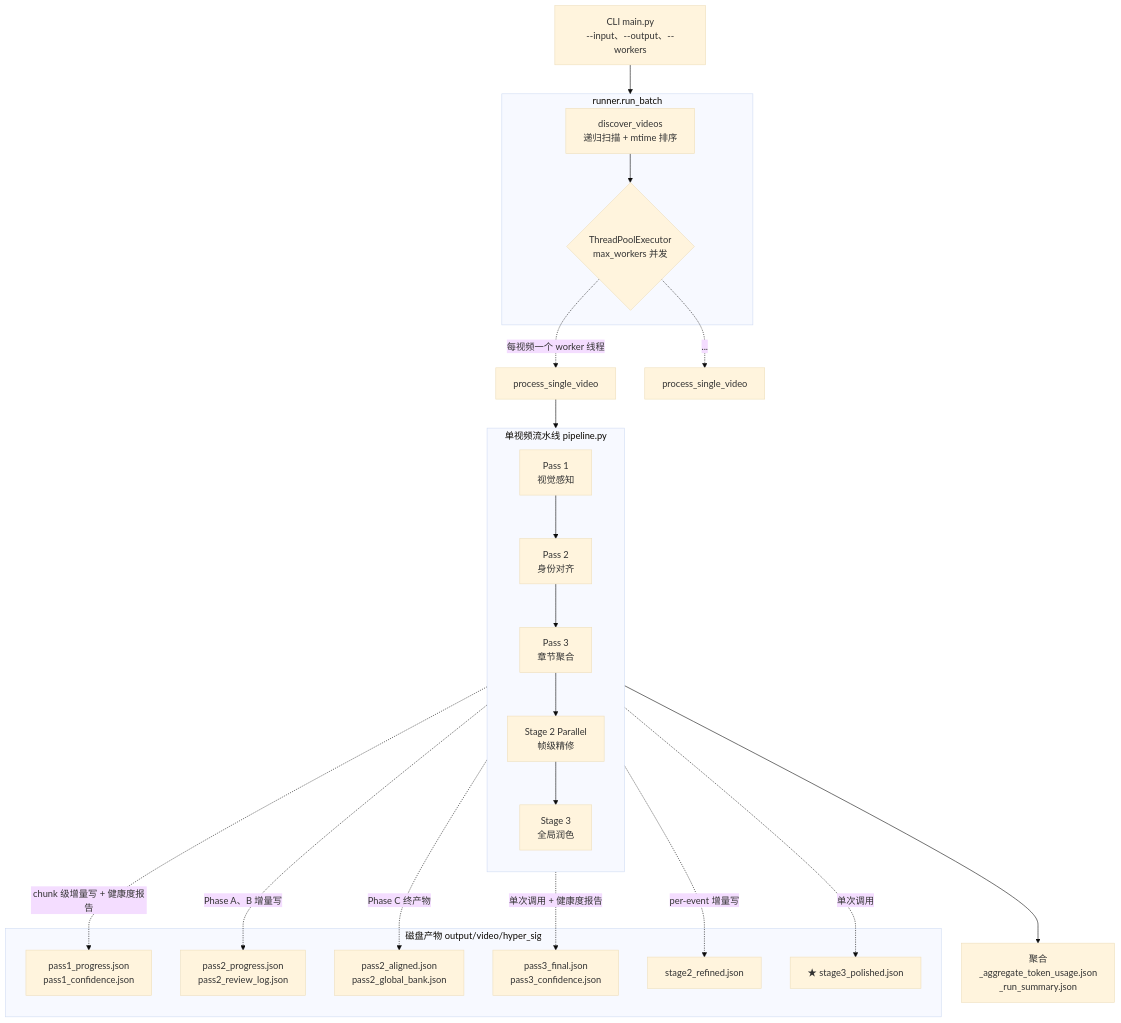
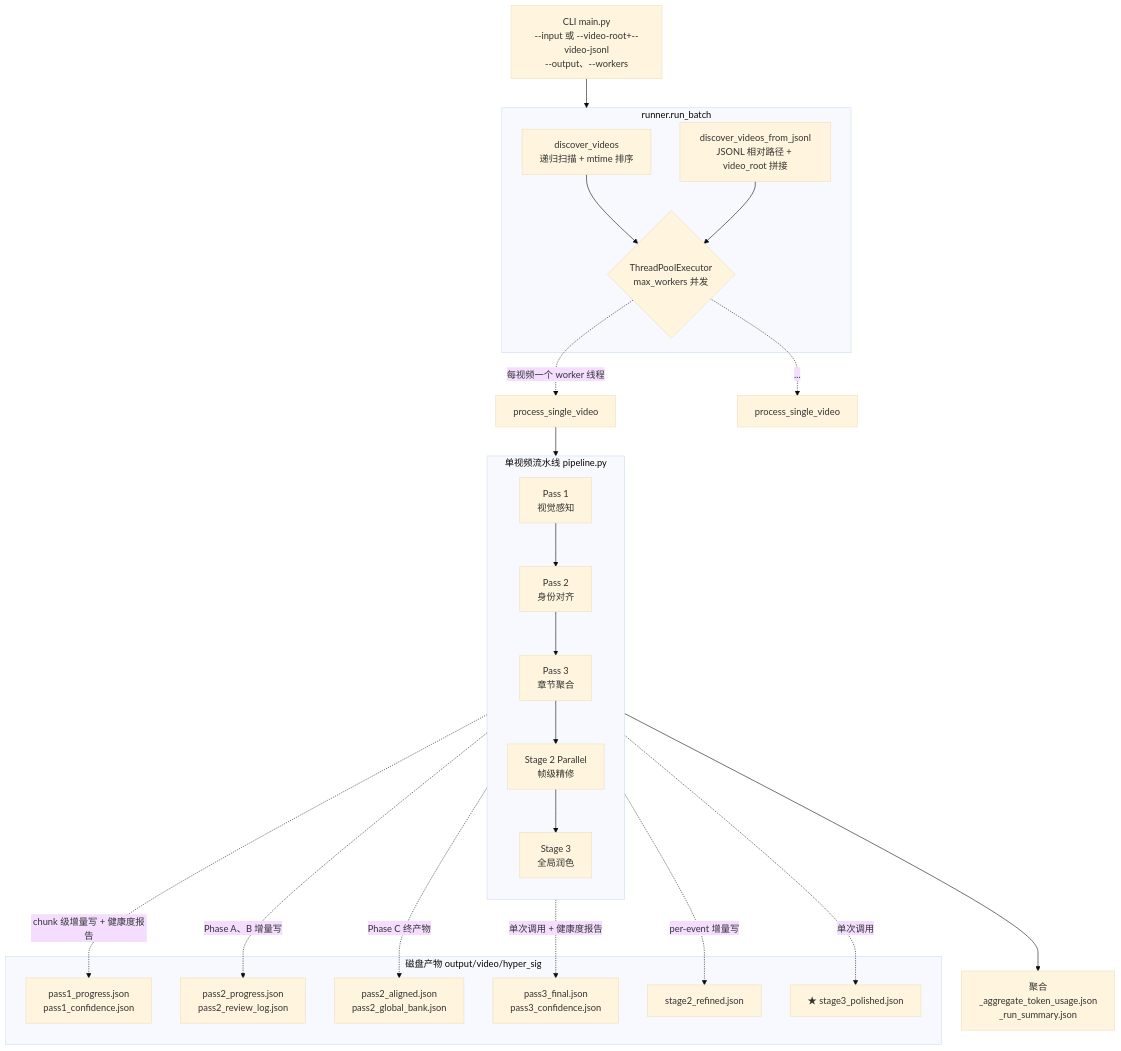
One commit to warmheartHoward/LongVideoCaption changed the first of 4 diagrams in README.md. Above: the diagram before and after it, drawn with Mermaid (base theme). The commit also changed other lines of this file and 4 other files, not shown here.

Commit message:
support jsonl input & bug fix

````diff
--- a/README.md
+++ b/README.md
@@ -10,43 +10,45 @@
 ```mermaid
 flowchart TB
-    CLI["CLI main.py<br/>--input、--output、--workers"] --> Runner
+    CLI["CLI main.py<br/>--input 或 --video-root+--video-jsonl<br/>--output、--workers"] --> Runner
 
     subgraph Runner["runner.run_batch"]
         Disc["discover_videos<br/>递归扫描 + mtime 排序"]
+        Jsonl["discover_videos_from_jsonl<br/>JSONL 相对路径 + video_root 拼接"]
+        Disc --> Pool
+        Jsonl --> Pool
         Pool{"ThreadPoolExecutor<br/>max_workers 并发"}
-        Disc --> Pool
     end
 
     Pool -.->|"每视频一个 worker 线程"| Pipe1["process_single_video"]
     Pool -.->|"..."| PipeN["process_single_video"]
 
     subgraph PerVideo["单视频流水线 pipeline.py"]
         direction TB
         P1["Pass 1<br/>视觉感知"]
         P2["Pass 2<br/>身份对齐"]
         P3["Pass 3<br/>章节聚合"]
         S2["Stage 2 Parallel<br/>帧级精修"]
         S3["Stage 3<br/>全局润色"]
         P1 --> P2 --> P3 --> S2 --> S3
     end
 
     Pipe1 --> PerVideo
 
     subgraph Artifacts["磁盘产物 output/video/hyper_sig"]
         F1["pass1_progress.json<br/>pass1_confidence.json"]
         F2["pass2_progress.json<br/>pass2_review_log.json"]
         F3["pass2_aligned.json<br/>pass2_global_bank.json"]
         F4["pass3_final.json<br/>pass3_confidence.json"]
         F5["stage2_refined.json"]
         F6["★ stage3_polished.json"]
     end
 
     P1 -.->|"chunk 级增量写 + 健康度报告"| F1
     P2 -.->|"Phase A、B 增量写"| F2
     P2 -.->|"Phase C 终产物"| F3
     P3 -.->|"单次调用 + 健康度报告"| F4
     S2 -.->|"per-event 增量写"| F5
     S3 -.->|"单次调用"| F6
 
     PerVideo --> Agg["聚合<br/>_aggregate_token_usage.json<br/>_run_summary.json"]
 ```
````
